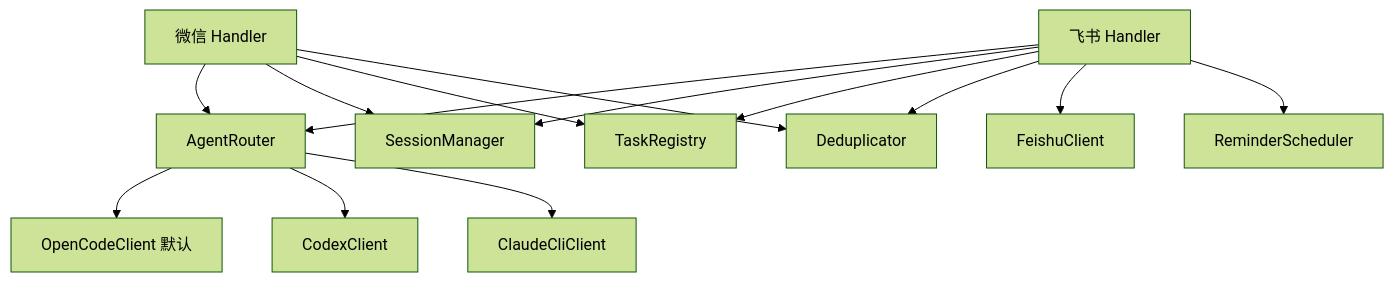
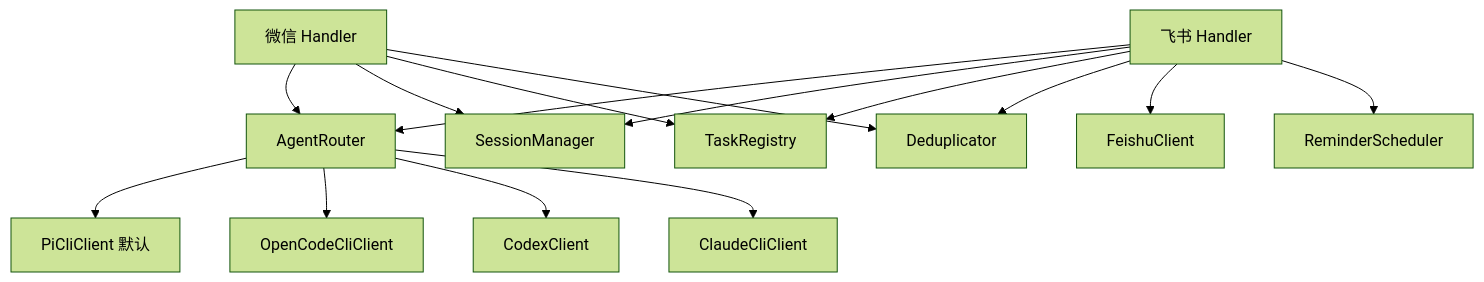
The second of 2 diagrams in docs/architecture.md (felixzhang-glitch/CodexClaw), drawn with Mermaid (forest theme) before and after one commit. The commit also changed other lines of this file and 17 other files, not shown here.

````diff
--- a/docs/architecture.md
+++ b/docs/architecture.md
@@ -29,16 +29,17 @@
 ```mermaid
 graph TB
     H1[飞书 Handler] --> R[AgentRouter]
     H2[微信 Handler] --> R
-    R --> OC[OpenCodeClient 默认]
+    R --> PI[PiCliClient 默认]
+    R --> OC[OpenCodeCliClient]
     R --> CX[CodexClient]
     R --> CL[ClaudeCliClient]
     H1 --> SM[SessionManager]
     H2 --> SM
     H1 --> TR[TaskRegistry]
     H2 --> TR
     H1 --> DD[Deduplicator]
     H2 --> DD
     H1 --> FC[FeishuClient]
     H1 --> RS[ReminderScheduler]
 ```
````
